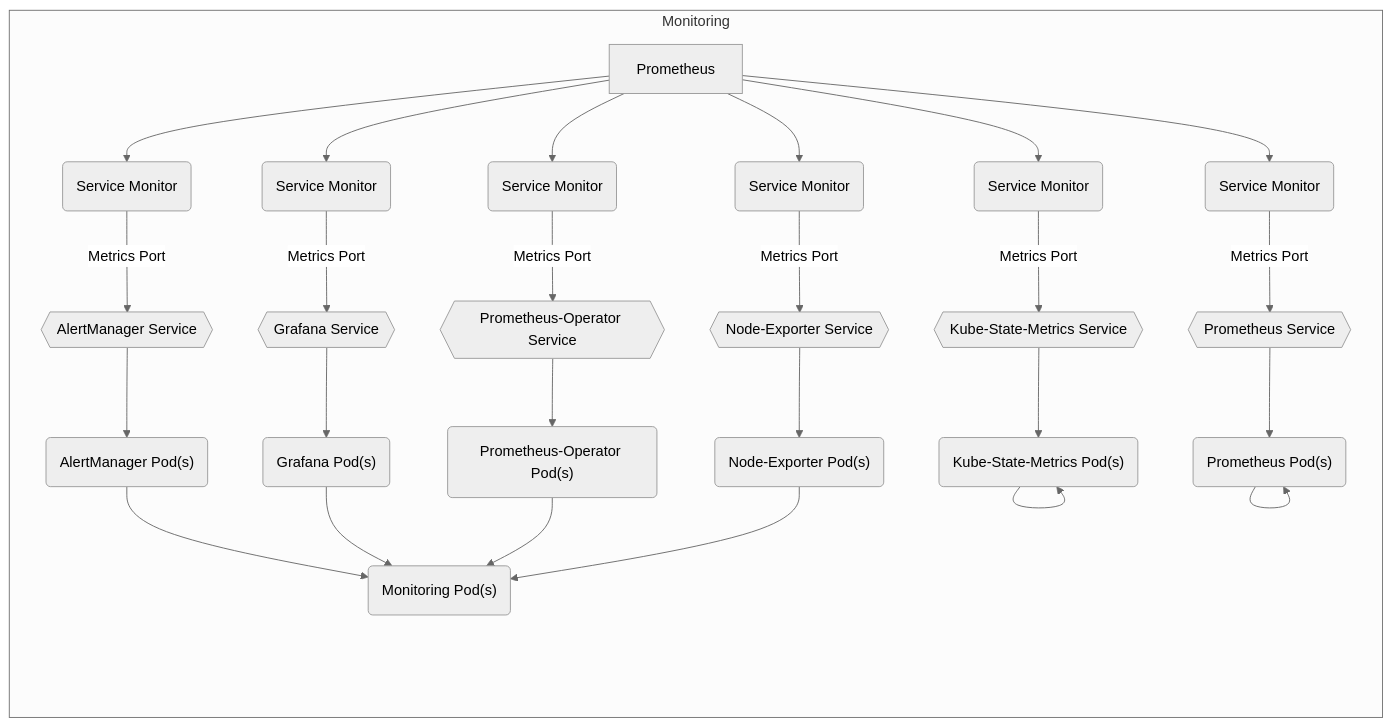
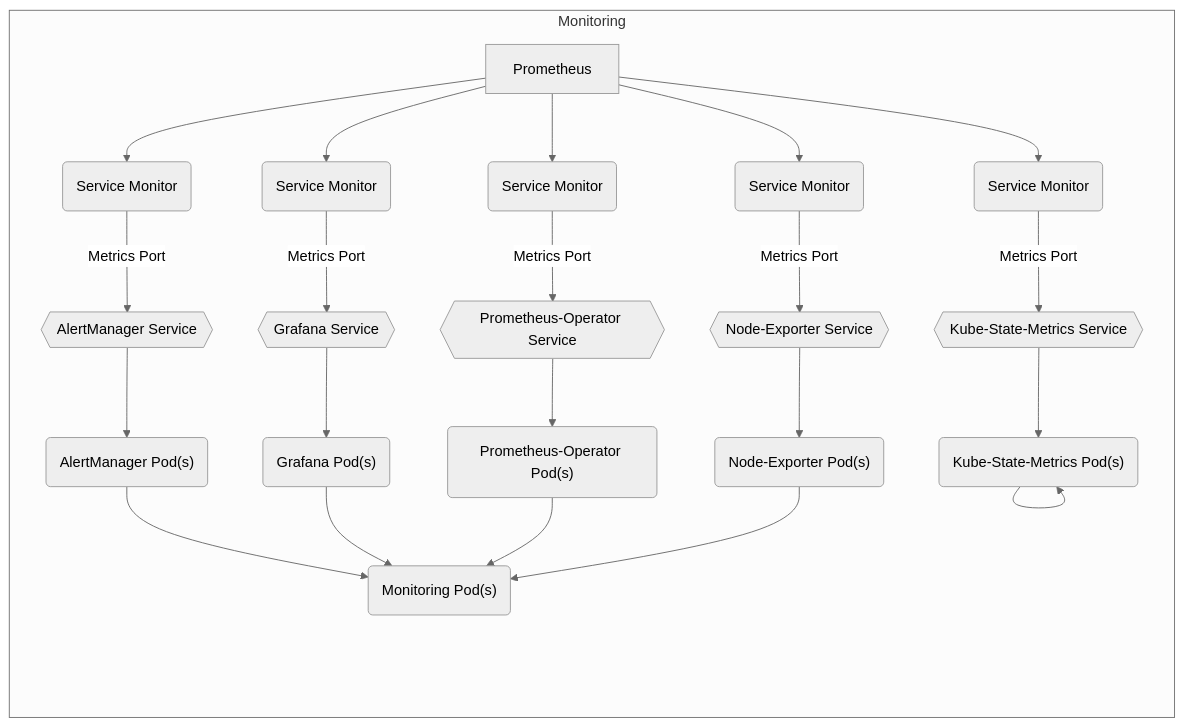
One commit to sbko/bigbang changed the diagram in charter/packages/monitoring/Architecture.md. Above: the diagram before and after it, drawn with Mermaid (neutral theme).

Commit message:
monitoring architecture

````diff
--- a/charter/packages/monitoring/Architecture.md
+++ b/charter/packages/monitoring/Architecture.md
@@ -12,32 +12,28 @@
  ```mermaid
 graph LR
   subgraph "Monitoring"
     alertmanagerpods("AlertManager Pod(s)") --> monitoringpods("Monitoring Pod(s)")
     alertmanagerservice{{AlertManager Service}} --> alertmanagerpods("AlertManager Pod(s)")
     alertmanagersvcmonitor("Service Monitor") --"Metrics Port"--> alertmanagerservice
     Prometheus --> alertmanagersvcmonitor("Service Monitor")
     grafanapods("Grafana Pod(s)") --> monitoringpods("Monitoring Pod(s)")
     grafanaservice{{Grafana Service}} --> grafanapods("Grafana Pod(s)")
     grafanasvcmonitor("Service Monitor") --"Metrics Port"--> grafanaservice
     Prometheus --> grafanasvcmonitor("Service Monitor")
     prometheusoperatorpods("Prometheus-Operator Pod(s)") --> monitoringpods("Monitoring Pod(s)")
     prometheusoperatorservice{{Prometheus-Operator Service}} -->  prometheusoperatorpods("Prometheus-Operator Pod(s)")
     prometheusoperatorsvcmonitor("Service Monitor") --"Metrics Port"--> prometheusoperatorservice
     Prometheus --> prometheusoperatorsvcmonitor("Service Monitor")
     nodeexporterpods("Node-Exporter Pod(s)") --> monitoringpods("Monitoring Pod(s)")
     nodeexporterservice{{Node-Exporter Service}} -->  nodeexporterpods("Node-Exporter Pod(s)")
     nodeexportersvcmonitor("Service Monitor") --"Metrics Port"-->  nodeexporterservice
     Prometheus --> nodeexportersvcmonitor("Service Monitor")
     kubestatemetricspods("Kube-State-Metrics Pod(s)") --> kubestatemetricspods("Monitoring Pod(s)")
     kubestatemetricsservice{{Kube-State-Metrics Service}} --> kubestatemetricspods("Kube-State-Metrics Pod(s)")
     kubestatemetricssvcmonitor("Service Monitor") --"Metrics Port"-->  kubestatemetricsservice
     Prometheus --> kubestatemetricssvcmonitor("Service Monitor")
-    prometheuspods("Prometheus Pod(s)") --> prometheuspods("Monitoring Pod(s)")
-    prometheusservice{{Prometheus Service}} --> prometheuspods("Prometheus Pod(s)")
-    prometheussvcmonitor("Service Monitor") --"Metrics Port"-->  prometheusservice
-    Prometheus --> prometheussvcmonitor("Service Monitor")
 
     
   end
   
 ```   
````
